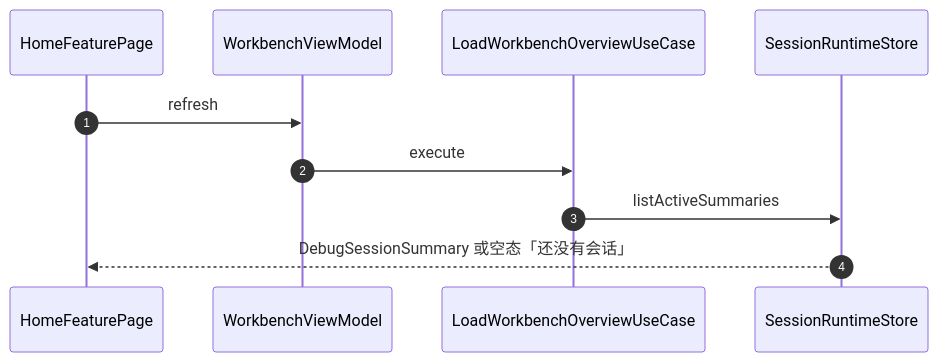
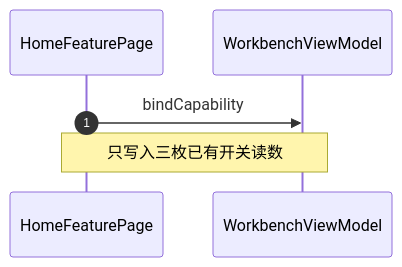
The third of 3 diagrams in docs/goal/architecture/app/APP-005.md (yohurm/HarmonyOS-YoWireTools), drawn with Mermaid before and after one commit. The commit also changed other lines of this file and 16 other files, not shown here.

````diff
--- a/docs/goal/architecture/app/APP-005.md
+++ b/docs/goal/architecture/app/APP-005.md
@@ -102,12 +98,8 @@
 ```mermaid
 sequenceDiagram
   autonumber
   participant Page as HomeFeaturePage
   participant Vm as WorkbenchViewModel
-  participant Uc as LoadWorkbenchOverviewUseCase
-  participant Store as SessionRuntimeStore
-  Page->>Vm: refresh
-  Vm->>Uc: execute
-  Uc->>Store: listActiveSummaries
-  Store-->>Page: DebugSessionSummary 或空态「还没有会话」
+  Page->>Vm: bindCapability
+  Note over Page,Vm: 只写入三枚已有开关读数
 ```
````
